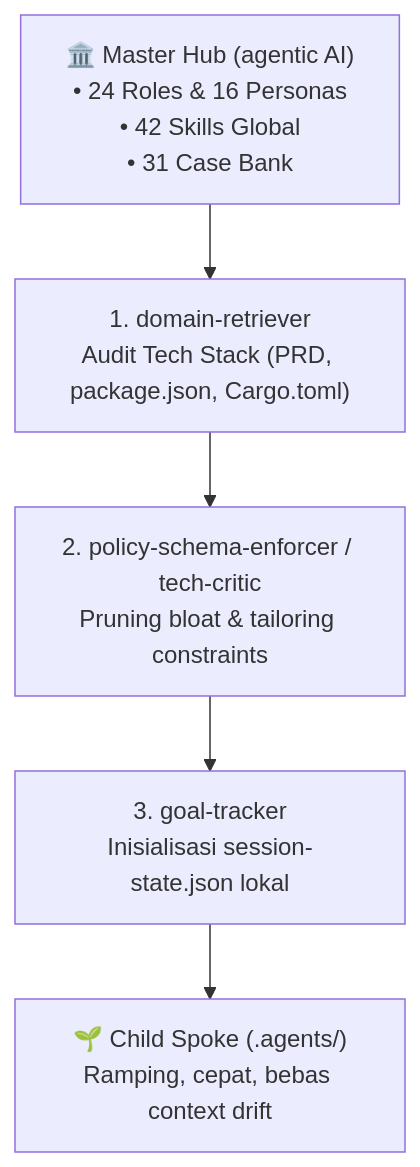
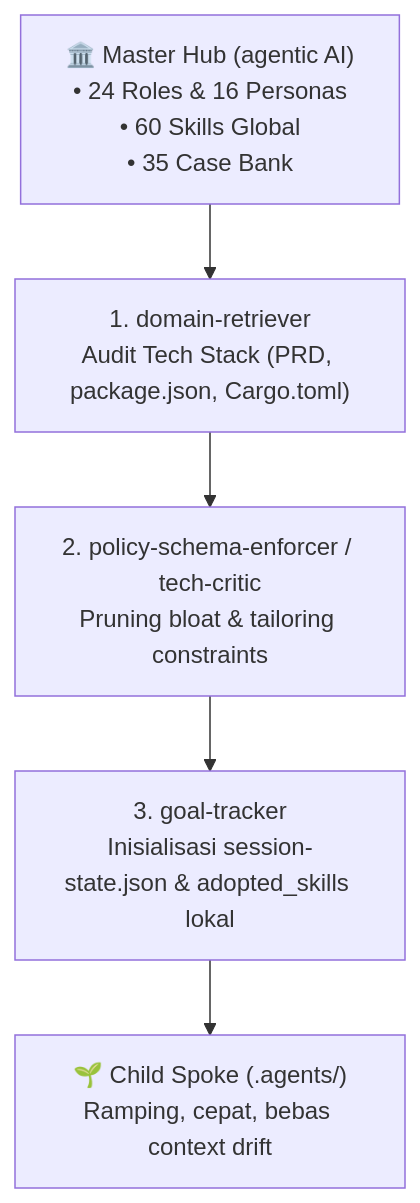
Before and after one commit to AhmadArifff/agentic-ai-skill: the diagram in knowledge/spoke-adoption-guide.md, drawn with Mermaid. The commit also changed other lines of this file and 28 other files, not shown here.

````diff
--- a/knowledge/spoke-adoption-guide.md
+++ b/knowledge/spoke-adoption-guide.md
@@ -11,9 +11,9 @@
 ```mermaid
 flowchart TD
-    MASTER["🏛️ Master Hub (agentic AI)<br/>• 24 Roles & 16 Personas<br/>• 42 Skills Global<br/>• 31 Case Bank"]
+    MASTER["🏛️ Master Hub (agentic AI)<br/>• 24 Roles & 16 Personas<br/>• 60 Skills Global<br/>• 35 Case Bank"]
     
     MASTER --> AUDIT["1. domain-retriever<br/>Audit Tech Stack (PRD, package.json, Cargo.toml)"]
     AUDIT --> PRUNE["2. policy-schema-enforcer / tech-critic<br/>Pruning bloat & tailoring constraints"]
-    PRUNE --> INIT["3. goal-tracker<br/>Inisialisasi session-state.json lokal"]
+    PRUNE --> INIT["3. goal-tracker<br/>Inisialisasi session-state.json & adopted_skills lokal"]
     INIT --> SPOKE["🌱 Child Spoke (.agents/)<br/>Ramping, cepat, bebas context drift"]
 ```
````
